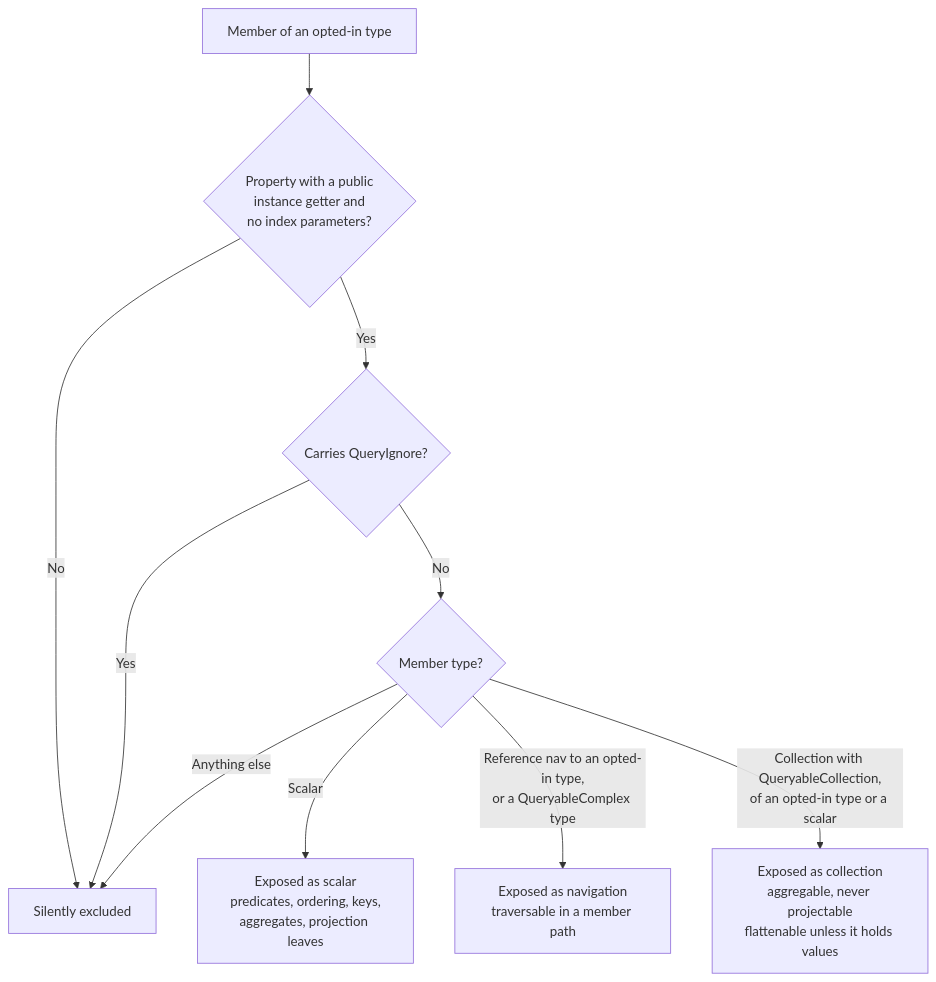
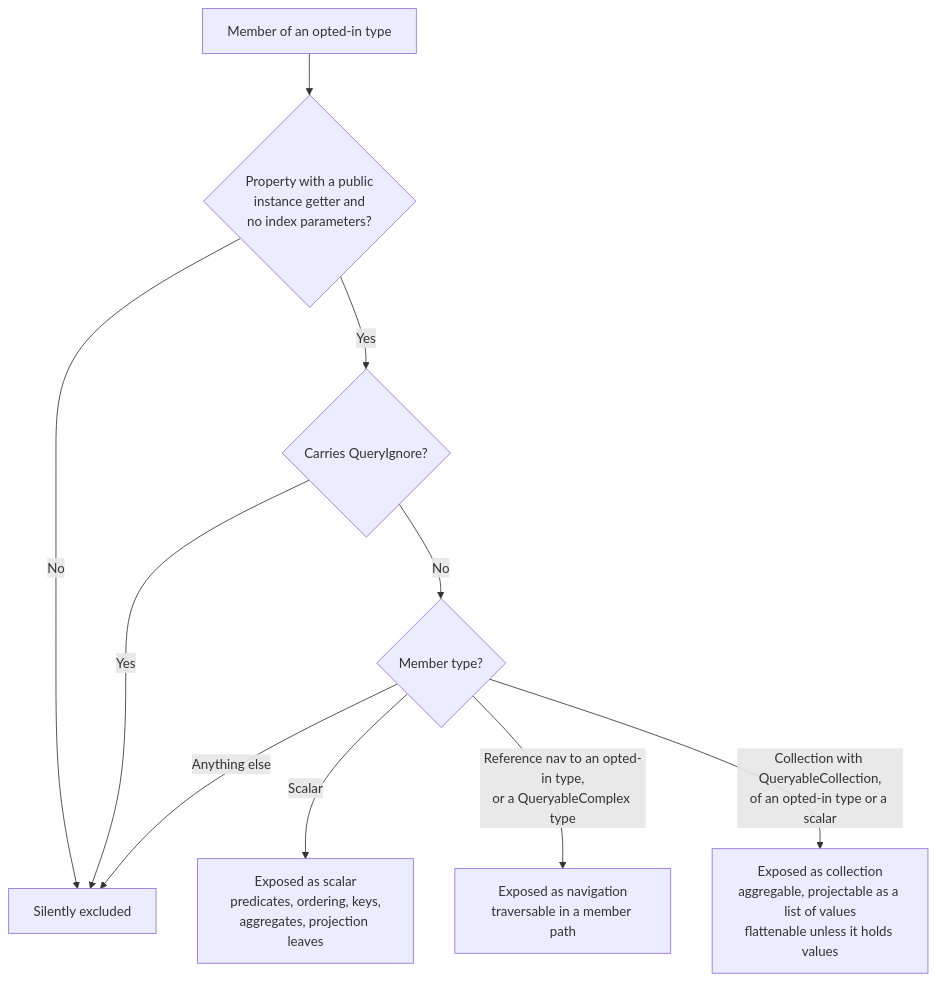
One commit to Papyrine/Scry changed the diagram in docs/annotations.md. Above: the diagram before and after it, drawn with Mermaid. The commit also changed other lines of this file and 88 other files, not shown here.

````diff
--- a/docs/annotations.md
+++ b/docs/annotations.md
@@ -741,12 +742,12 @@
 ```mermaid
 flowchart TD
     M[Member of an opted-in type] --> Q1{Property with a public<br/>instance getter and<br/>no index parameters?}
     Q1 -- No --> X[Silently excluded]
     Q1 -- Yes --> Q2{Carries QueryIgnore?}
     Q2 -- Yes --> X
     Q2 -- No --> Q3{Member type?}
     Q3 -- Scalar --> S[Exposed as scalar<br/>predicates, ordering, keys,<br/>aggregates, projection leaves]
     Q3 -- Reference nav to an opted-in type,<br/>or a QueryableComplex type --> N[Exposed as navigation<br/>traversable in a member path]
-    Q3 -- Collection with QueryableCollection,<br/>of an opted-in type or a scalar --> C[Exposed as collection<br/>aggregable, never projectable<br/>flattenable unless it holds values]
+    Q3 -- Collection with QueryableCollection,<br/>of an opted-in type or a scalar --> C[Exposed as collection<br/>aggregable, projectable as a list of values<br/>flattenable unless it holds values]
     Q3 -- Anything else --> X
 ```
````
